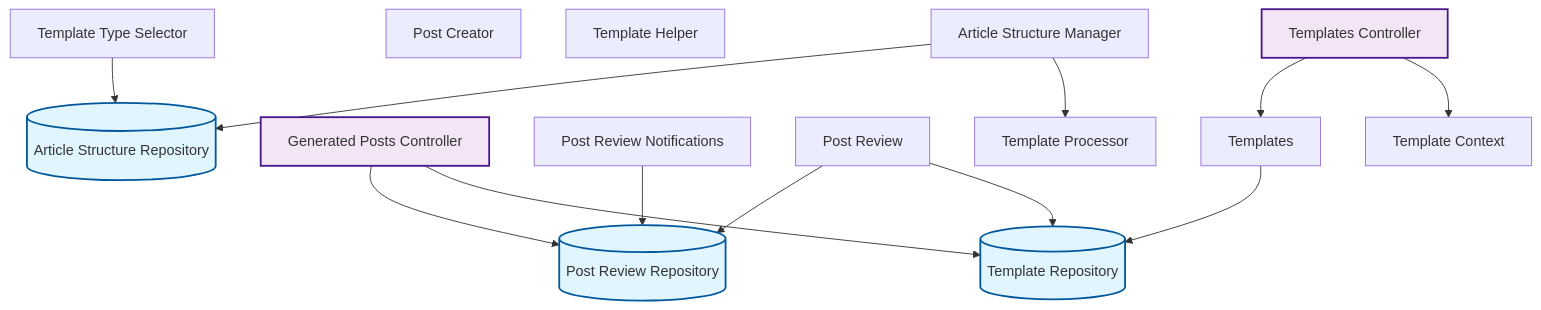
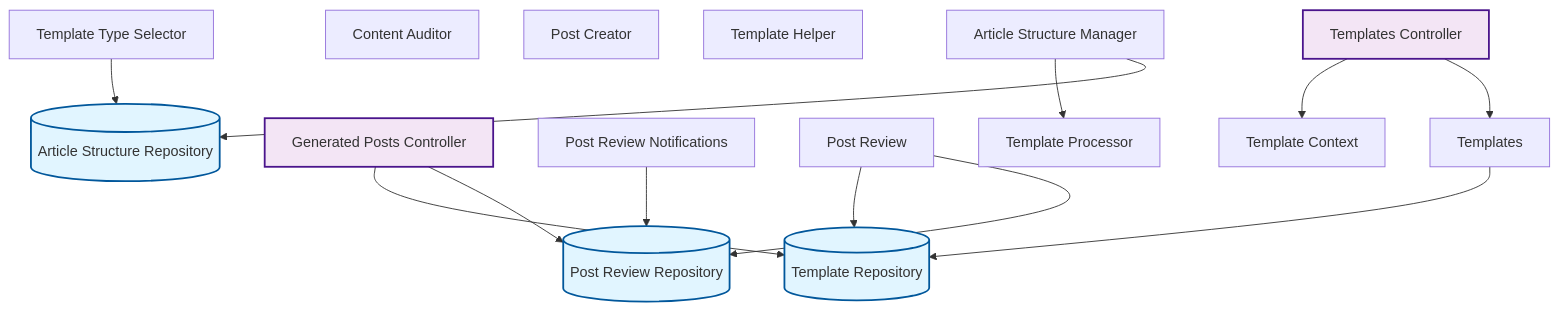
The fourth of 10 diagrams in docs/feature-report.md (rpnunez/wp-ai-scheduler), drawn with Mermaid before and after one commit. The commit also changed other lines of this file and 3 other files, not shown here.

````diff
--- a/docs/feature-report.md
+++ b/docs/feature-report.md
@@ -178,37 +182,38 @@
 ```mermaid
 flowchart TD
     %% Content Management Architecture
 
     Article_Structure_Manager["Article Structure Manager"]
     Article_Structure_Repository[("Article Structure Repository")]
+    Content_Auditor["Content Auditor"]
     Generated_Posts_Controller["Generated Posts Controller"]
     Post_Creator["Post Creator"]
     Post_Review_Notifications["Post Review Notifications"]
     Post_Review_Repository[("Post Review Repository")]
     Post_Review["Post Review"]
     Template_Context["Template Context"]
     Template_Helper["Template Helper"]
     Template_Processor["Template Processor"]
     Template_Repository[("Template Repository")]
     Template_Type_Selector["Template Type Selector"]
     Templates_Controller["Templates Controller"]
     Templates["Templates"]
 
+    Article_Structure_Manager --> Template_Processor
     Article_Structure_Manager --> Article_Structure_Repository
-    Article_Structure_Manager --> Template_Processor
+    Generated_Posts_Controller --> Template_Repository
     Generated_Posts_Controller --> Post_Review_Repository
-    Generated_Posts_Controller --> Template_Repository
     Post_Review_Notifications --> Post_Review_Repository
+    Post_Review --> Template_Repository
     Post_Review --> Post_Review_Repository
-    Post_Review --> Template_Repository
     Template_Type_Selector --> Article_Structure_Repository
+    Templates_Controller --> Template_Context
     Templates_Controller --> Templates
-    Templates_Controller --> Template_Context
     Templates --> Template_Repository
 
     classDef repository fill:#e1f5ff,stroke:#01579b,stroke-width:2px
     classDef service fill:#fff3e0,stroke:#e65100,stroke-width:2px
     classDef controller fill:#f3e5f5,stroke:#4a148c,stroke-width:2px
     class Article_Structure_Repository,Post_Review_Repository,Template_Repository repository
     class Generated_Posts_Controller,Templates_Controller controller
 ```
````
